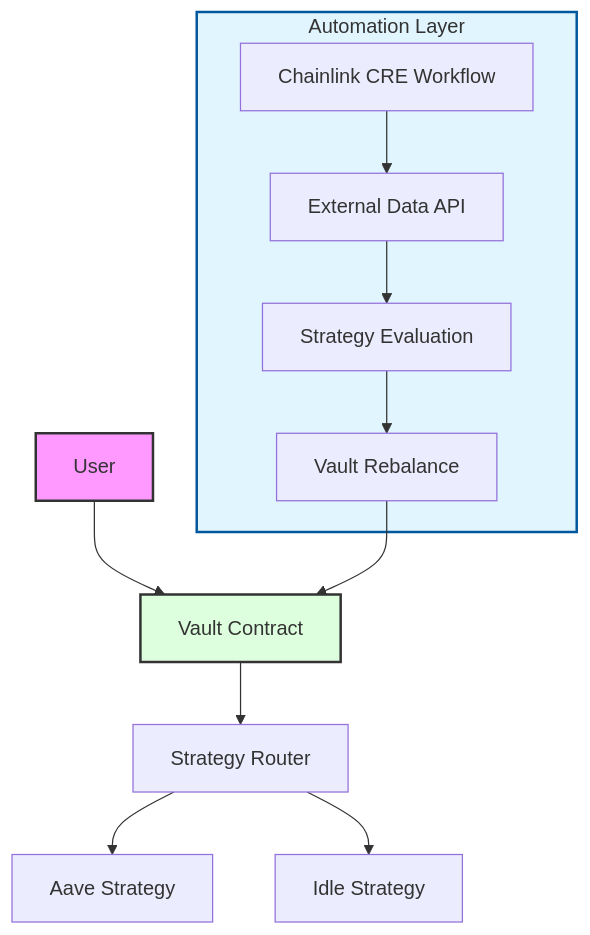
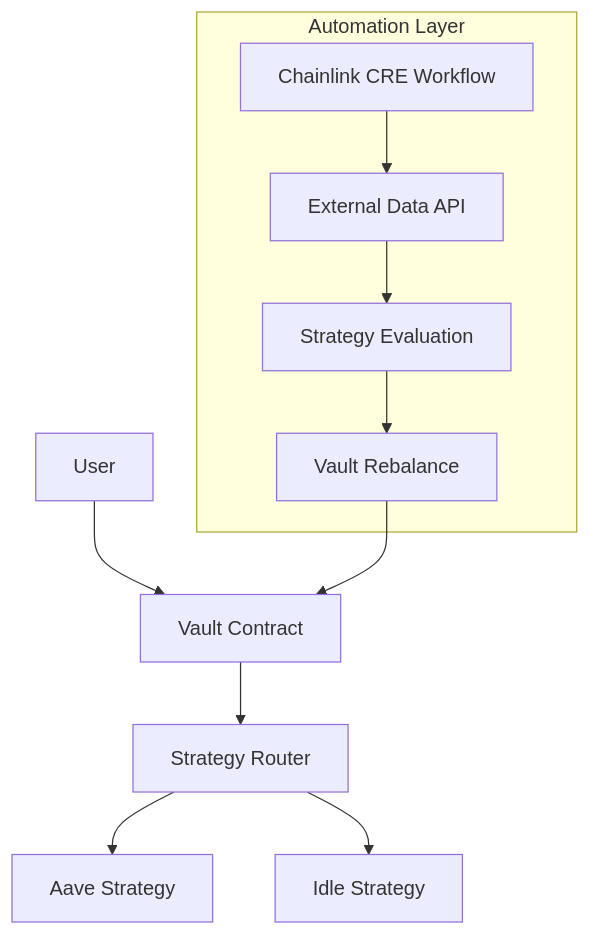
Before and after one commit to SkandhaRoshan/crefi: the first of 2 diagrams in README.md, drawn with Mermaid. The commit also changed other lines of this file, not shown here.

Commit message:
Update README with Mermaid diagrams

````diff
--- a/README.md
+++ b/README.md
@@ -37,19 +37,15 @@
 ```mermaid
 graph TD
     User[User] --> Vault[Vault Contract]
     Vault --> Router[Strategy Router]
     Router --> Aave[Aave Strategy]
     Router --> Idle[Idle Strategy]
     
     subgraph Automation [Automation Layer]
         CRE[Chainlink CRE Workflow] --> API[External Data API]
         API --> Eval[Strategy Evaluation]
         Eval --> Rebalance[Vault Rebalance]
     end
     
     Rebalance --> Vault
-    
-    style User fill:#f9f,stroke:#333,stroke-width:2px
-    style Vault fill:#dfd,stroke:#333,stroke-width:2px
-    style Automation fill:#e1f5fe,stroke:#01579b,stroke-width:2px
 ```
````
